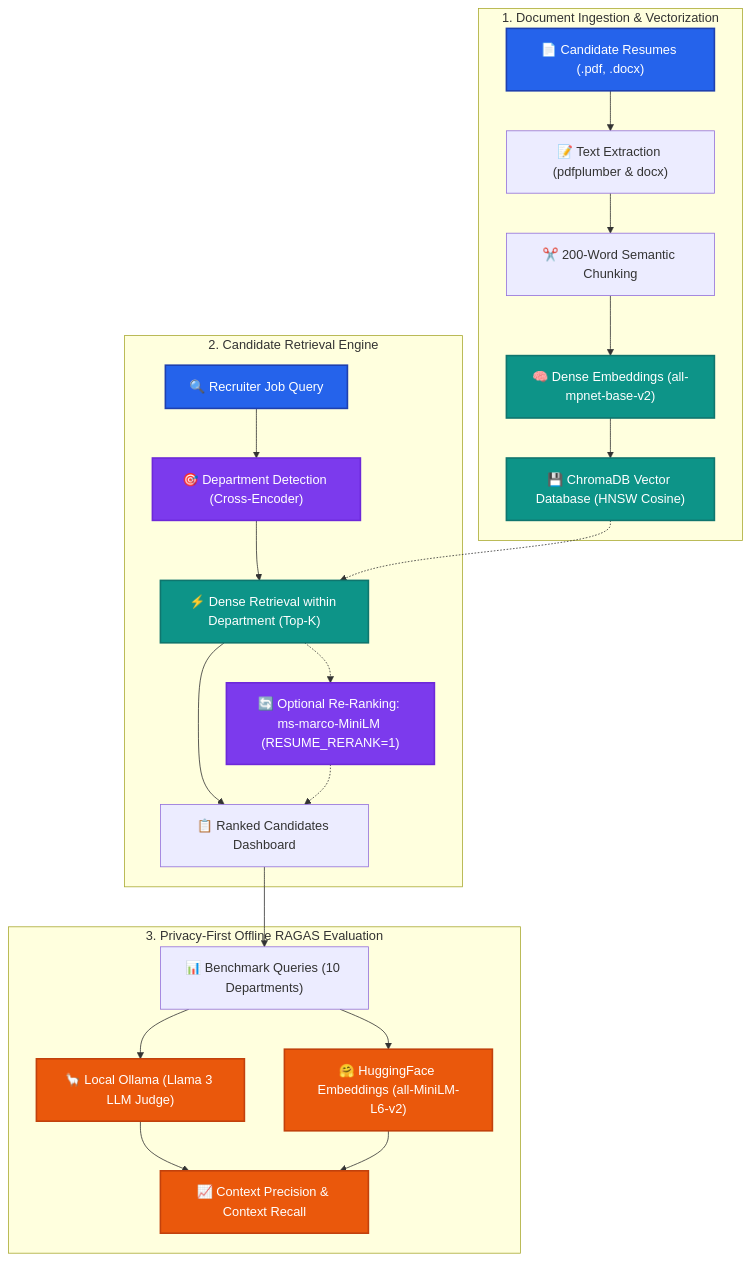
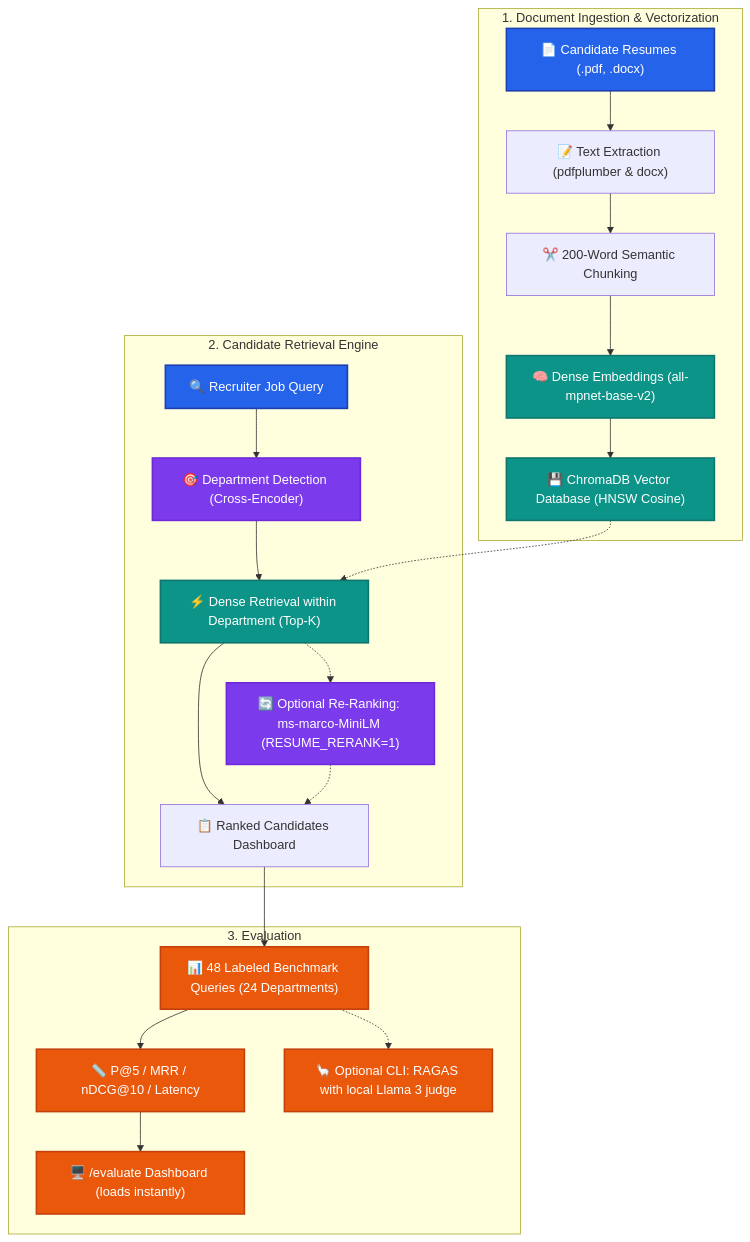
The diagram in README.md (Shaaan2005/AI-Resume-Screening-and-RAG-Evaluation-System), drawn with Mermaid before and after one commit. The commit also changed other lines of this file and 11 other files, not shown here.

First line of the commit message:
feat: replace slow in-browser RAGAS with an instant benchmark dashboard

````diff
--- a/README.md
+++ b/README.md
@@ -41,32 +41,31 @@
 ```mermaid
 flowchart TD
     classDef input fill:#2563EB,stroke:#1E40AF,stroke-width:2px,color:#fff;
     classDef stage1 fill:#0D9488,stroke:#0F766E,stroke-width:2px,color:#fff;
     classDef stage2 fill:#7C3AED,stroke:#6D28D9,stroke-width:2px,color:#fff;
     classDef eval fill:#EA580C,stroke:#C2410C,stroke-width:2px,color:#fff;
     classDef security fill:#475569,stroke:#334155,stroke-width:2px,color:#fff;
 
     subgraph INGESTION ["1. Document Ingestion & Vectorization"]
         A["📄 Candidate Resumes (.pdf, .docx)"]:::input --> B["📝 Text Extraction (pdfplumber & docx)"]
         B --> C["✂️ 200-Word Semantic Chunking"]
         C --> D["🧠 Dense Embeddings (all-mpnet-base-v2)"]:::stage1
         D --> E["💾 ChromaDB Vector Database (HNSW Cosine)"]:::stage1
     end
 
     subgraph RETRIEVAL ["2. Candidate Retrieval Engine"]
         F["🔍 Recruiter Job Query"]:::input --> G["🎯 Department Detection (Cross-Encoder)"]:::stage2
         G --> H["⚡ Dense Retrieval within Department (Top-K)"]:::stage1
         E -.-> H
         H --> K["📋 Ranked Candidates Dashboard"]
         H -.-> I["🔄 Optional Re-Ranking: ms-marco-MiniLM (RESUME_RERANK=1)"]:::stage2
         I -.-> K
     end
 
-    subgraph EVALUATION ["3. Privacy-First Offline RAGAS Evaluation"]
-        K --> L["📊 Benchmark Queries (10 Departments)"]
-        L --> M["🦙 Local Ollama (Llama 3 LLM Judge)"]:::eval
-        L --> N["🤗 HuggingFace Embeddings (all-MiniLM-L6-v2)"]:::eval
-        M --> O["📈 Context Precision & Context Recall"]:::eval
-        N --> O
+    subgraph EVALUATION ["3. Evaluation"]
+        K --> L["📊 48 Labeled Benchmark Queries (24 Departments)"]:::eval
+        L --> M["📏 P@5 / MRR / nDCG@10 / Latency"]:::eval
+        M --> O["🖥️ /evaluate Dashboard (loads instantly)"]:::eval
+        L -.-> N["🦙 Optional CLI: RAGAS with local Llama 3 judge"]:::eval
     end
 ```
````
